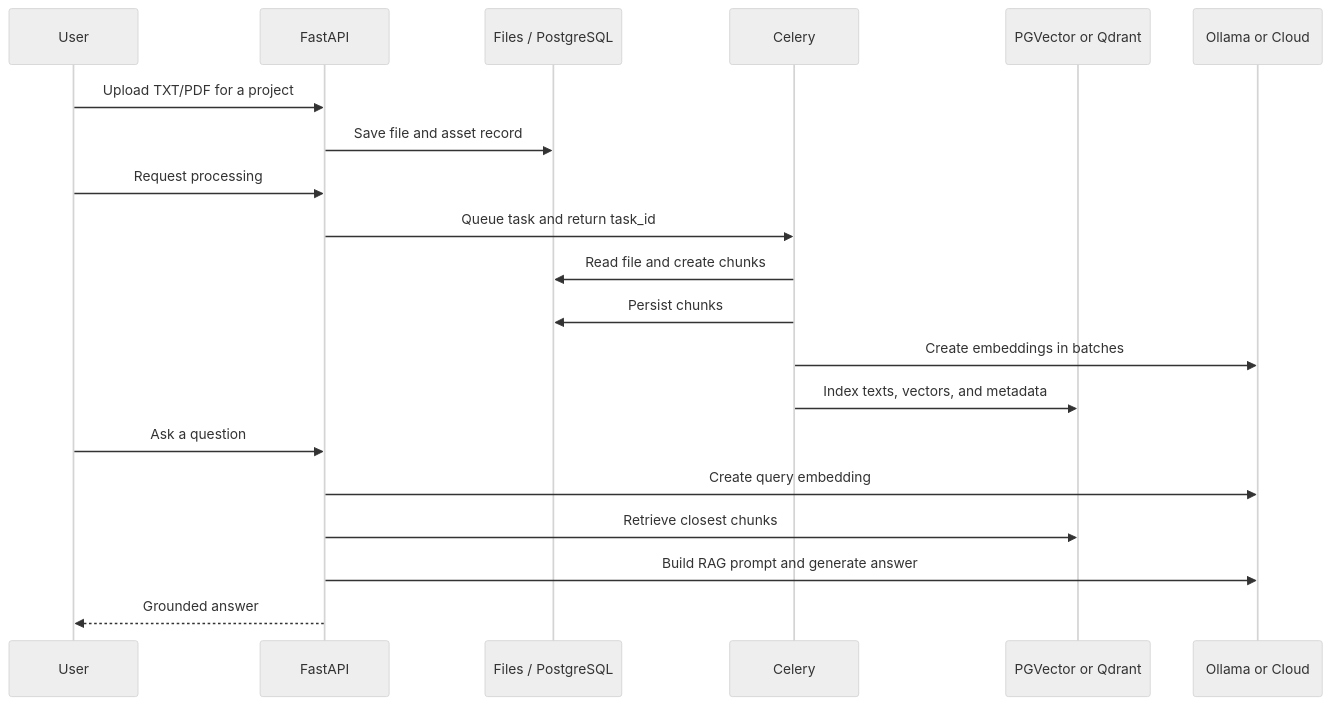
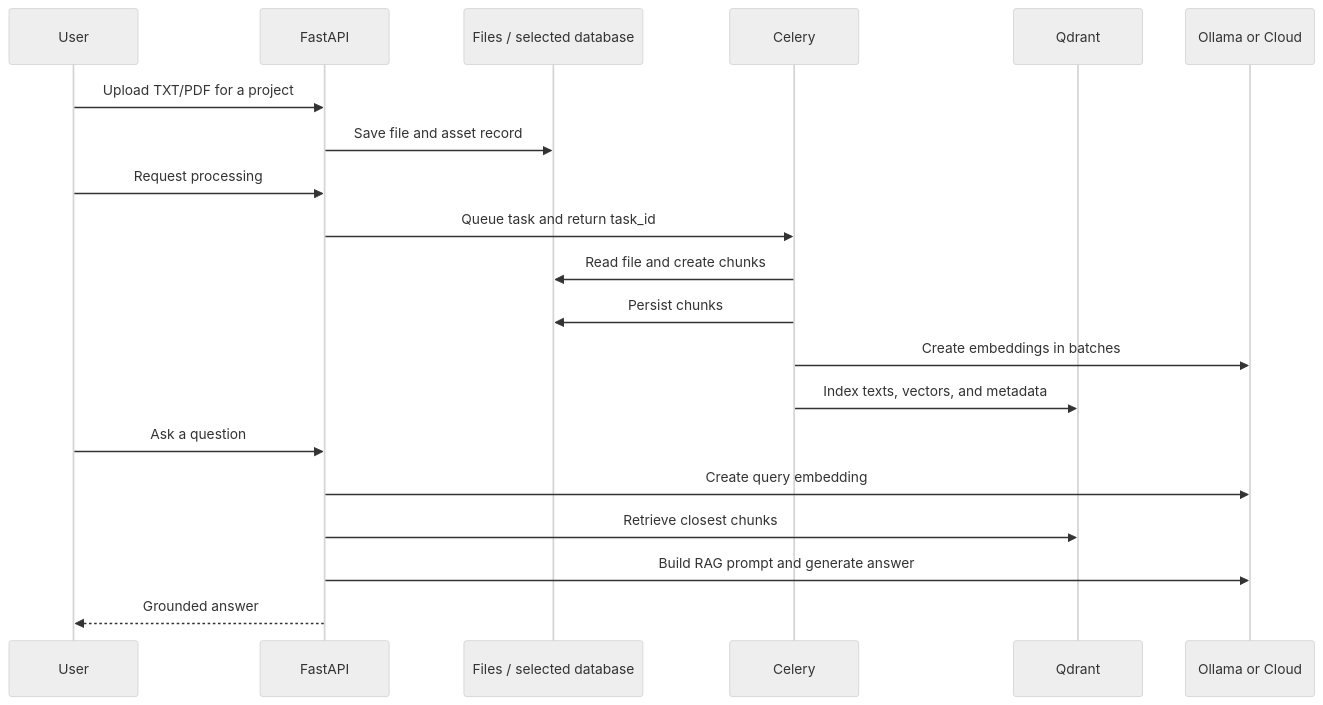
One commit to mohamed-habib-jaberi/RAGDocumentsIntelligence changed the second of 3 diagrams in README.md. Above: the diagram before and after it, drawn with Mermaid (neutral theme). The commit also changed other lines of this file and 44 other files, not shown here.

Commit message:
feat: support switchable MongoDB and PostgreSQL persistence

````diff
--- a/README.md
+++ b/README.md
@@ -70,23 +101,23 @@
 ```mermaid
 sequenceDiagram
     participant U as User
     participant A as FastAPI
-    participant F as Files / PostgreSQL
+    participant F as Files / selected database
     participant C as Celery
-    participant V as PGVector or Qdrant
+    participant V as Qdrant
     participant L as Ollama or Cloud
 
     U->>A: Upload TXT/PDF for a project
     A->>F: Save file and asset record
     U->>A: Request processing
     A->>C: Queue task and return task_id
     C->>F: Read file and create chunks
     C->>F: Persist chunks
     C->>L: Create embeddings in batches
     C->>V: Index texts, vectors, and metadata
     U->>A: Ask a question
     A->>L: Create query embedding
     A->>V: Retrieve closest chunks
     A->>L: Build RAG prompt and generate answer
     A-->>U: Grounded answer
 ```
````
